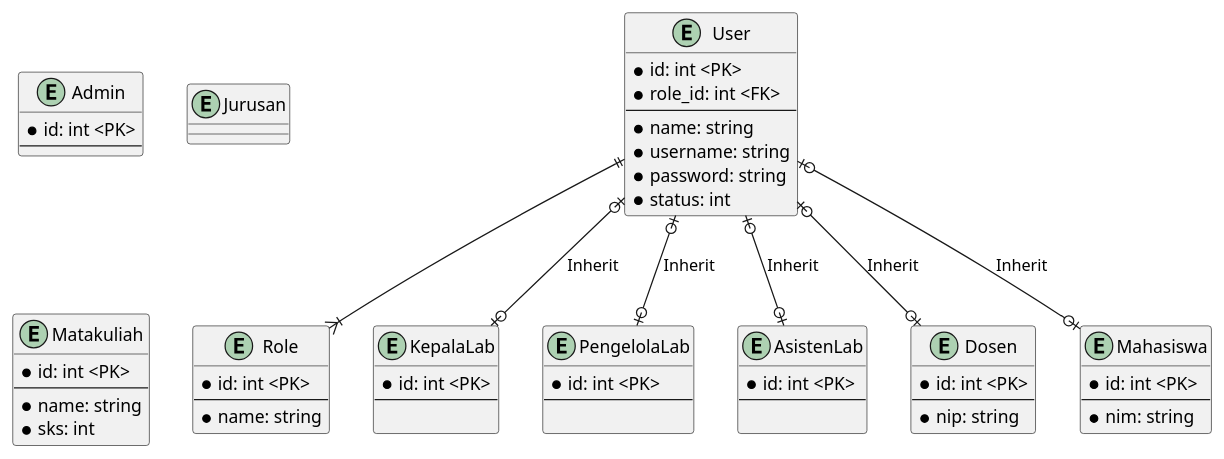
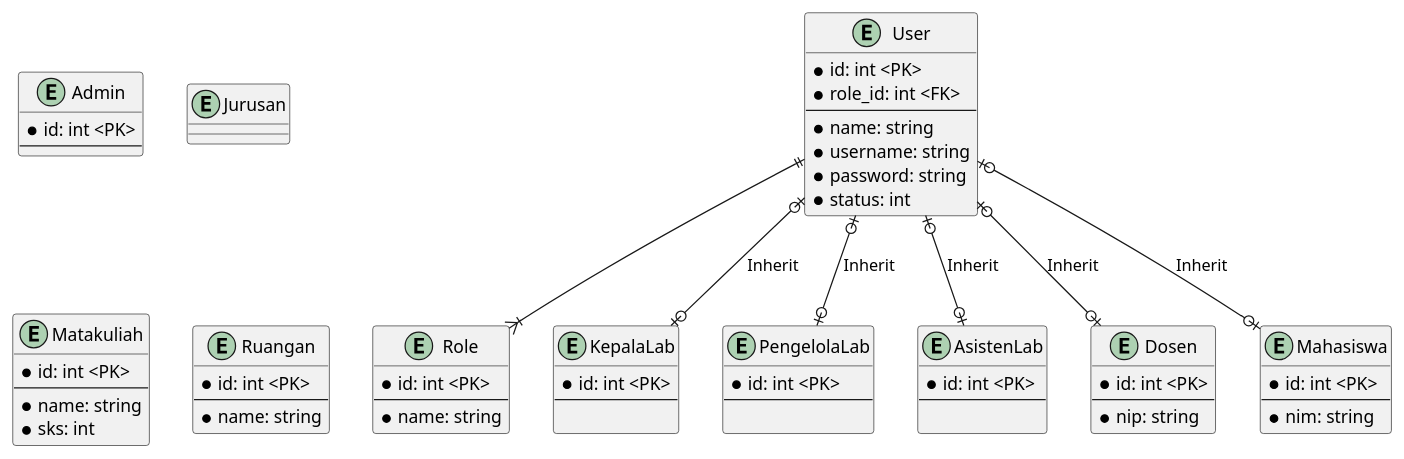
The diagram in docs/erd.plantuml (codebaradev/Simlab), drawn with PlantUML before and after one commit.

Commit message:
feat: menambahkan entity ruangan pada erd.plantuml

```diff
--- a/docs/erd.plantuml
+++ b/docs/erd.plantuml
@@ -1,78 +1,84 @@
 @startuml "Erd"
 
 
 ' --- Actor ---
 
 entity "User" as user { 
     * id: int <PK>
     * role_id: int <FK>
     ---
     * name: string
     * username: string
     * password: string
     * status: int
 }
 
 entity "Role" as role {
     * id: int <PK>
     ---
     * name: string
 }
 
 entity "KepalaLab" as kepala_lab {
     * id: int <PK>
     ---
     
 }
 
 entity "PengelolaLab" as pengelola_lab {
     * id: int <PK>
     ---
     
 }
 
 entity "AsistenLab" as aslab {
     * id: int <PK>
     ---
     
 }
 
 entity "Dosen" as dosen {
     * id: int <PK>
     ---
     * nip: string
 }
 
 entity "Mahasiswa" as mahasiswa {
     * id: int <PK>
     ---
     * nim: string
 }
 
 entity "Admin" as admin {
     * id: int <PK>
     ---
 }
 
 entity "Jurusan" as jurusan {
     
 } 
 
 entity "Matakuliah" as matakuliah {
     * id: int <PK>
     ---
     * name: string
     * sks: int
 } 
 
+entity "Ruangan" as ruangan {
+    * id: int <PK>
+    ---
+    * name: string
+}
+
 user ||--|{ role
 
 user |o--o| kepala_lab: "Inherit"
 user |o--o| pengelola_lab: "Inherit"
 user |o--o| dosen: "Inherit"
 user |o--o| aslab: "Inherit"
 user |o--o| mahasiswa: "Inherit"
 
 
 
 @enduml
```
